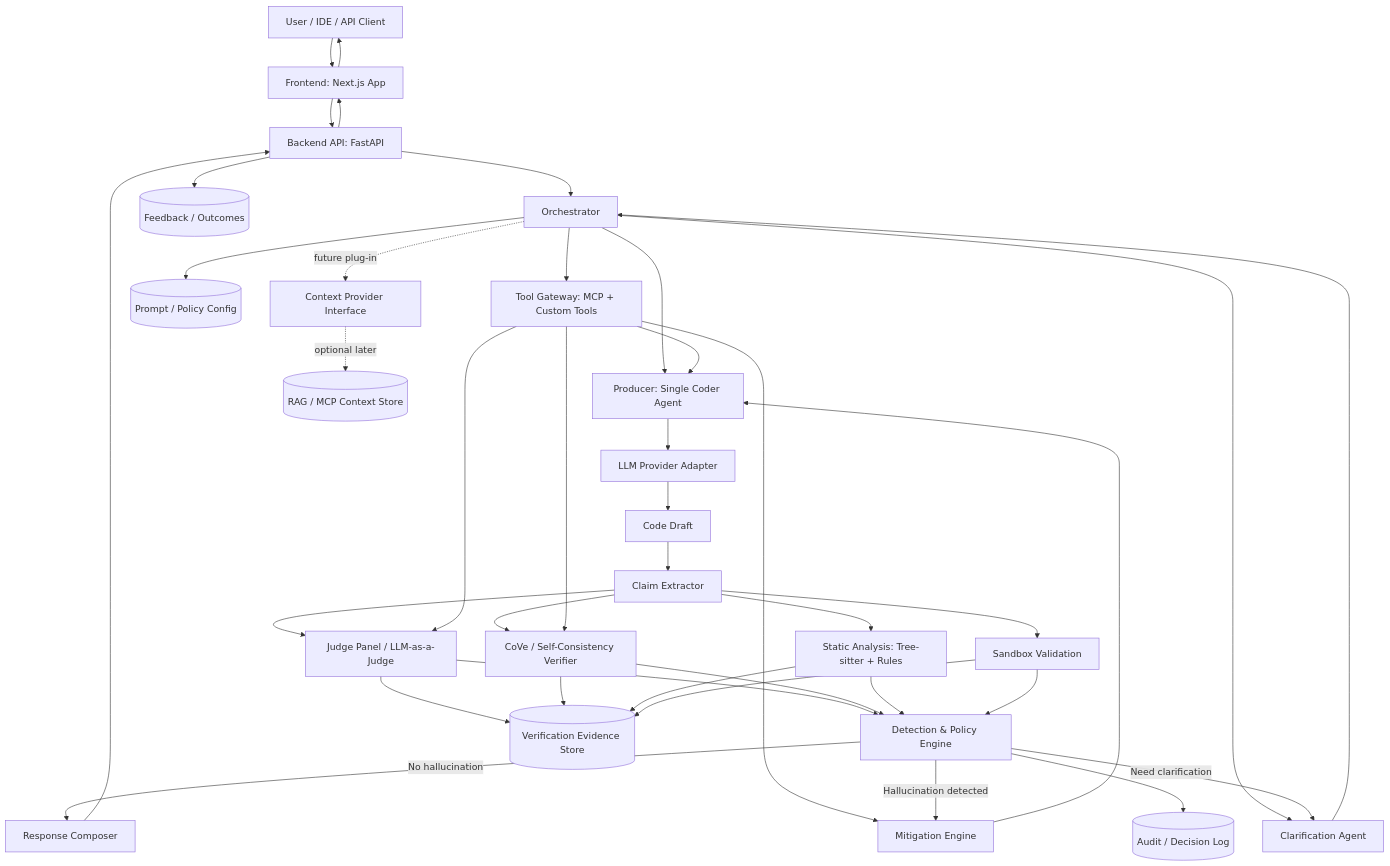
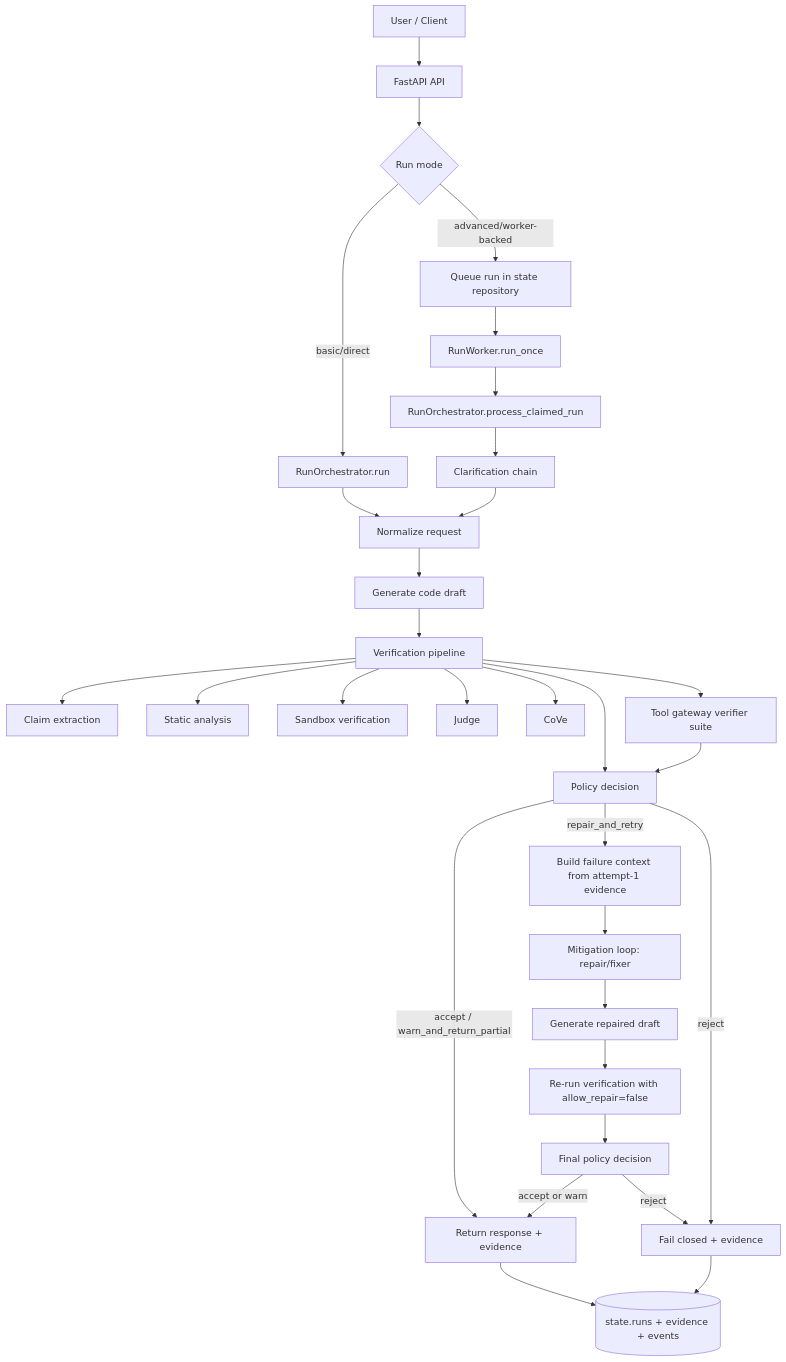
The diagram in System_Architecture.md (FarhanTausif/SPL-3), drawn with Mermaid before and after one commit. The commit also changed other lines of this file and 2 other files, not shown here.

Commit message:
docs (design): add high-level design document for mitigation pipeline and update system architecture and design with mitigation details

````diff
--- a/System_Architecture.md
+++ b/System_Architecture.md
@@ -60,48 +62,39 @@
 ```mermaid
 graph TD
-    U[User / IDE / API Client] --> FE[Frontend: Next.js App]
-    FE --> API[Backend API: FastAPI]
+    U[User / Client] --> API[FastAPI API]
+    API --> RM{Run mode}
+    RM -->|basic/direct| O1[RunOrchestrator.run]
+    RM -->|advanced/worker-backed| Q[Queue run in state repository]
+    Q --> W[RunWorker.run_once]
+    W --> O2[RunOrchestrator.process_claimed_run]
 
-    API --> O[Orchestrator]
-    O --> C[Clarification Agent]
-    C --> O
+    O1 --> N[Normalize request]
+    O2 --> C[Clarification chain]
+    C --> N
+    N --> G[Generate code draft]
+    G --> V[Verification pipeline]
 
-    O --> P[Producer: Single Coder Agent]
-    P --> LA[LLM Provider Adapter]
-    LA --> D[Code Draft]
+    V --> VC[Claim extraction]
+    V --> VS[Static analysis]
+    V --> VX[Sandbox verification]
+    V --> VJ[Judge]
+    V --> VV[CoVe]
+    V --> VP[Policy decision]
 
-    D --> PE[Claim Extractor]
-    PE --> J[Judge Panel / LLM-as-a-Judge]
-    PE --> CV[CoVe / Self-Consistency Verifier]
-    PE --> SA[Static Analysis: Tree-sitter + Rules]
-    PE --> SX[Sandbox Validation]
-    O --> TG[Tool Gateway: MCP + Custom Tools]
-    TG --> P
-    TG --> J
-    TG --> CV
-    TG --> M
+    VP -->|accept / warn_and_return_partial| R[Return response + evidence]
+    VP -->|repair_and_retry| FC[Build failure context from attempt-1 evidence]
+    VP -->|reject| F[Fail closed + evidence]
 
-    J --> DP[Detection & Policy Engine]
-    CV --> DP
-    SA --> DP
-    SX --> DP
+    FC --> M[Mitigation loop: repair/fixer]
+    M --> G2[Generate repaired draft]
+    G2 --> V2[Re-run verification with allow_repair=false]
+    V2 --> VP2[Final policy decision]
+    VP2 -->|accept or warn| R
+    VP2 -->|reject| F
 
-    DP -->|No hallucination| R[Response Composer]
-    DP -->|Hallucination detected| M[Mitigation Engine]
-    DP -->|Need clarification| C
-    M --> P
-    R --> API
-    API --> FE
-    FE --> U
+    V --> T[Tool gateway verifier suite]
+    T --> VP
 
-    O --> CFG[(Prompt / Policy Config)]
-    J --> EV[(Verification Evidence Store)]
-    CV --> EV
-    SA --> EV
-    SX --> EV
-    DP --> AUD[(Audit / Decision Log)]
-    API --> FB[(Feedback / Outcomes)]
-
-    O -. future plug-in .-> CP[Context Provider Interface]
-    CP -. optional later .-> RG[(RAG / MCP Context Store)]
+    R --> S[(state.runs + evidence + events)]
+    F --> S
 ```
````
